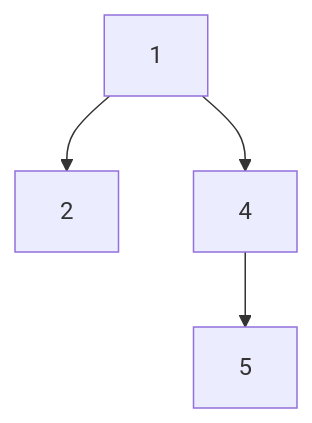
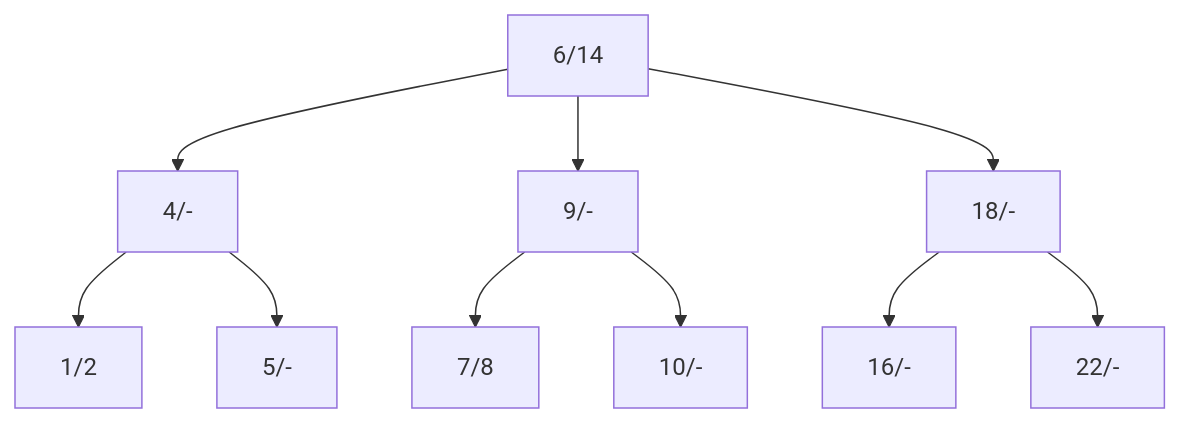
The diagram in Lab3/Lab3.md (chdonncha/Advanced-Databases), drawn with Mermaid before and after one commit. The commit also changed other lines of this file and 2 other files, not shown here.

Commit message:
Binary Tree Question Answered

````diff
--- a/Lab3/Lab3.md
+++ b/Lab3/Lab3.md
@@ -97,7 +95,12 @@
 ```{mermaid}
-graph TD;
-  1-->2;
-  1-->4;
-  4-->5
-
+  graph TD
+    6/14 --> 4/-
+    6/14 --> 9/-
+    6/14 --> 18/-
+    4/- --> 1/2
+    4/- --> 5/-
+    9/- --> 7/8
+    9/- --> 10/-
+    18/- --> 16/-
+    18/- --> 22/-
 ```
````
